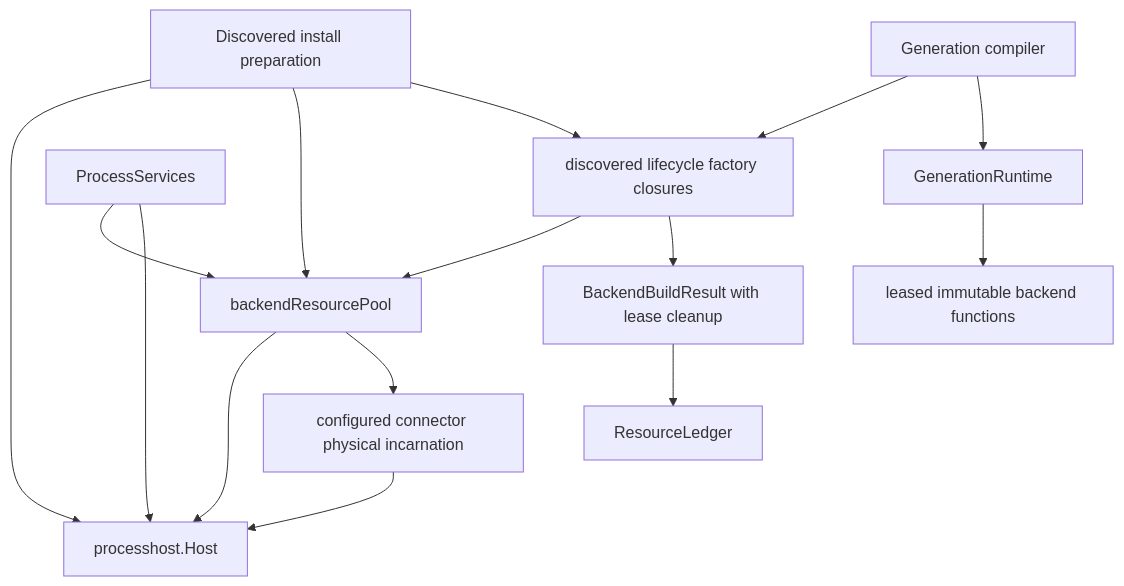
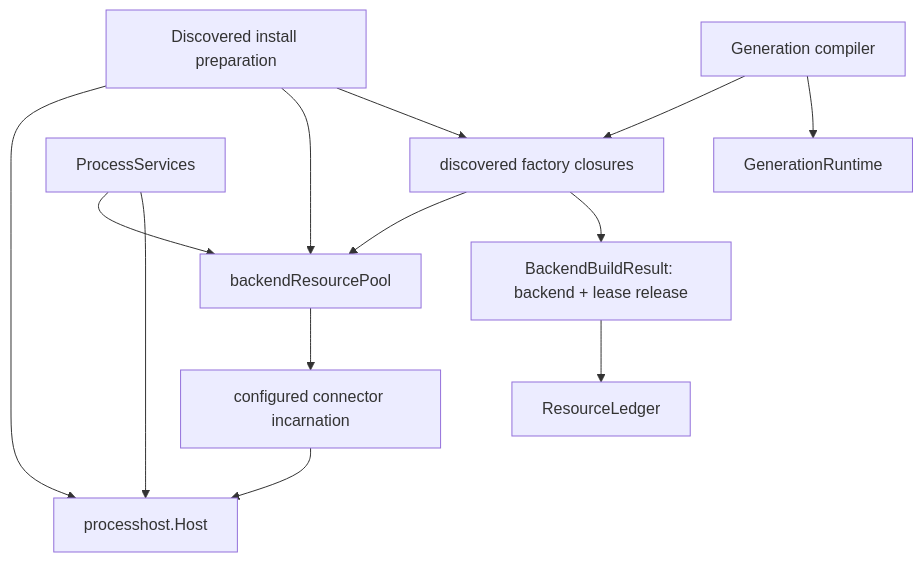
The diagram in .kiro/specs/backend-connector-resource-reconciliation/design.md (matdev83/go-llm-interactive-proxy), drawn with Mermaid before and after one commit. The commit also changed other lines of this file and 5 other files, not shown here.

Commit message:
spec: harden backend resource reconciliation contracts

````diff
--- a/.kiro/specs/backend-connector-resource-reconciliation/design.md
+++ b/.kiro/specs/backend-connector-resource-reconciliation/design.md
@@ -113,17 +93,15 @@
 ```mermaid
 graph TB
-    Install[Discovered install preparation] --> Host[processhost.Host]
-    Install --> Pool[backendResourcePool]
-    Pool --> Host
-    Install --> Factories[discovered lifecycle factory closures]
-    Factories --> Pool
-    Pool --> Physical[configured connector physical incarnation]
-    Physical --> Host
-    Process[ProcessServices] --> Pool
-    Process --> Host
-    Compile[Generation compiler] --> Factories
-    Factories --> Lease[BackendBuildResult with lease cleanup]
-    Lease --> Ledger[ResourceLedger]
-    Compile --> Gen[GenerationRuntime]
-    Gen --> Backend[leased immutable backend functions]
+  Install[Discovered install preparation] --> Host[processhost.Host]
+  Install --> Pool[backendResourcePool]
+  Install --> Factory[discovered factory closures]
+  Factory --> Pool
+  Pool --> Physical[configured connector incarnation]
+  Physical --> Host
+  Process[ProcessServices] --> Pool
+  Process --> Host
+  Compile[Generation compiler] --> Factory
+  Factory --> Lease[BackendBuildResult: backend + lease release]
+  Lease --> Ledger[ResourceLedger]
+  Compile --> Gen[GenerationRuntime]
 ```
````
